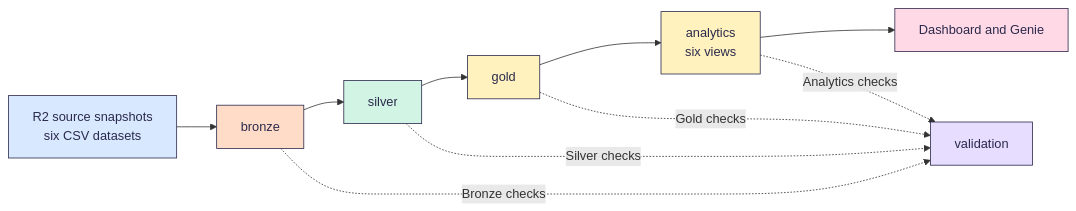
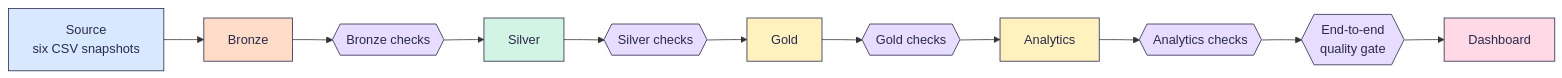
Before and after one commit to Buildabida/infra-project-monitoring: the diagram in README.md, drawn with Mermaid. The commit also changed other lines of this file and 122 other files, not shown here.

````diff
--- a/README.md
+++ b/README.md
@@ -56,18 +68,14 @@
 ```mermaid
 flowchart LR
-    S["R2 source snapshots<br>six CSV datasets"]:::src --> B["bronze"]:::bronze
-    B --> SV["silver"]:::silver
-    SV --> G["gold"]:::gold
-    G --> A["analytics<br>six views"]:::gold
-    A --> D["Dashboard and Genie"]:::dash
-    B -. "Bronze checks" .-> V["validation"]:::val
-    SV -. "Silver checks" .-> V
-    G -. "Gold checks" .-> V
-    A -. "Analytics checks" .-> V
+    S["Source<br>six CSV snapshots"]:::src --> B["Bronze"]:::bronze --> BV{{"Bronze checks"}}:::val
+    BV --> SV["Silver"]:::silver --> SVV{{"Silver checks"}}:::val
+    SVV --> G["Gold"]:::gold --> GV{{"Gold checks"}}:::val
+    GV --> A["Analytics"]:::gold --> AV{{"Analytics checks"}}:::val
+    AV --> Q{{"End-to-end<br>quality gate"}}:::val --> D["Dashboard"]:::dash
     classDef src fill:#D7E8FF,stroke:#2B2A4C,color:#2B2A4C
     classDef bronze fill:#FFDCC8,stroke:#2B2A4C,color:#2B2A4C
     classDef silver fill:#D2F4E4,stroke:#2B2A4C,color:#2B2A4C
     classDef gold fill:#FFF2BF,stroke:#2B2A4C,color:#2B2A4C
     classDef val fill:#E6DDFF,stroke:#2B2A4C,color:#2B2A4C
     classDef dash fill:#FFD9E6,stroke:#2B2A4C,color:#2B2A4C
 ```
````
